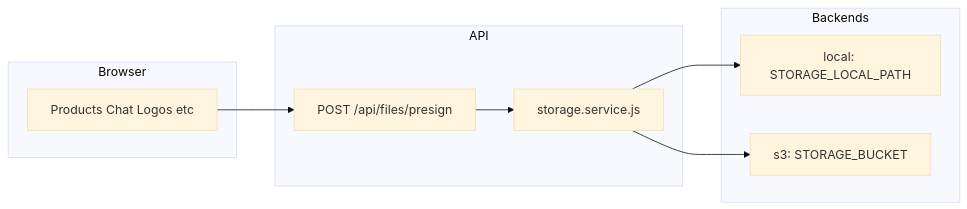
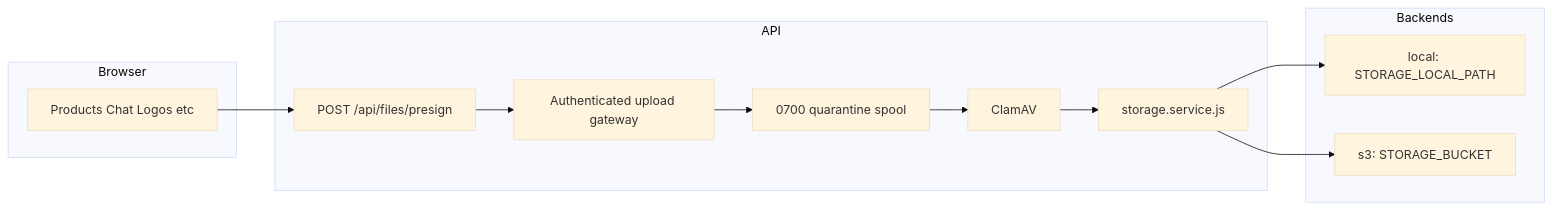
One commit to ghadimdallaldev/supplify_erp changed the diagram in docs/operations/storage-uploads.md. Above: the diagram before and after it, drawn with Mermaid (base theme). The commit also changed other lines of this file and 55 other files, not shown here.

````diff
--- a/docs/operations/storage-uploads.md
+++ b/docs/operations/storage-uploads.md
@@ -18,18 +18,24 @@
 ```mermaid
 flowchart LR
   subgraph client [Browser]
     UI[Products Chat Logos etc]
   end
   subgraph api [API]
     Presign["POST /api/files/presign"]
     Provider[storage.service.js]
+    Gateway[Authenticated upload gateway]
+    Quarantine[0700 quarantine spool]
+    Scanner[ClamAV]
   end
   subgraph backends [Backends]
     Local["local: STORAGE_LOCAL_PATH"]
     S3["s3: STORAGE_BUCKET"]
   end
   UI --> Presign
-  Presign --> Provider
+  Presign --> Gateway
+  Gateway --> Quarantine
+  Quarantine --> Scanner
+  Scanner --> Provider
   Provider --> Local
   Provider --> S3
 ```
````
